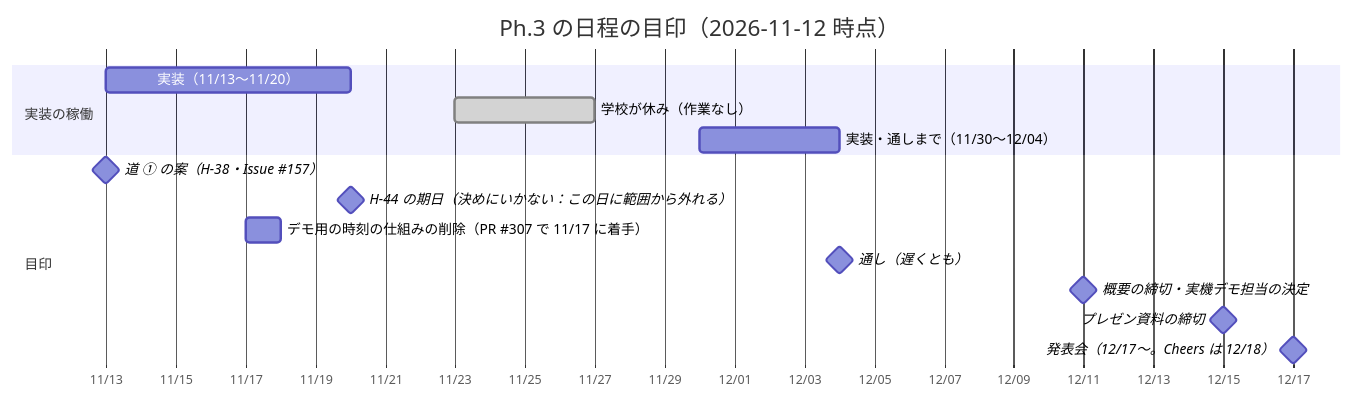
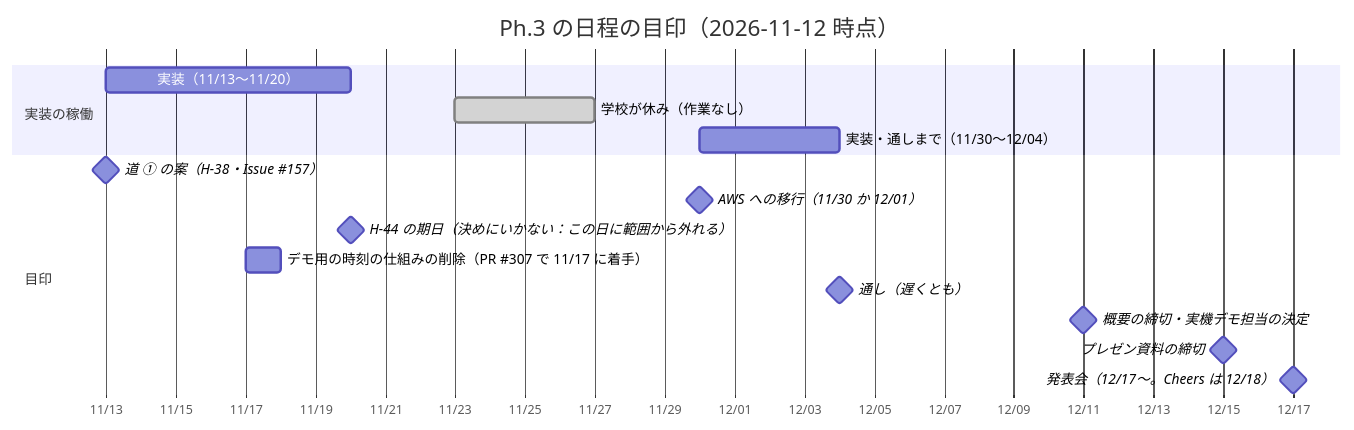
One commit to 250158hj-maker/yse_compass changed the second of 2 diagrams in pm/wbs.md. Above: the diagram before and after it, drawn with Mermaid. The commit also changed other lines of this file, not shown here.

First line of the commit message:
docs: pm/wbs.md を、本番環境を AWS に置く方針（decisions.md 2026-11-16）に合わせる

````diff
--- a/pm/wbs.md
+++ b/pm/wbs.md
@@ -390,20 +392,21 @@
 ```mermaid
 gantt
     title Ph.3 の日程の目印（2026-11-12 時点）
     dateFormat  YYYY-MM-DD
     axisFormat  %m/%d
 
     section 実装の稼働
     実装（11/13〜11/20）              :a1, 2026-11-13, 2026-11-20
     学校が休み（作業なし）             :done, a2, 2026-11-23, 2026-11-27
     実装・通しまで（11/30〜12/04）    :a3, 2026-11-30, 2026-12-04
 
     section 目印
     道 ① の案（H-38・Issue #157）     :milestone, m1, 2026-11-13, 0d
+    AWS への移行（11/30 か 12/01）      :milestone, m7, 2026-11-30, 0d
     H-44 の期日（決めにいかない：この日に範囲から外れる） :milestone, m6, 2026-11-20, 0d
     デモ用の時刻の仕組みの削除（PR #307 で 11/17 に着手）  :a4, 2026-11-17, 2026-11-18
     通し（遅くとも）                   :milestone, m2, 2026-12-04, 0d
     概要の締切・実機デモ担当の決定      :milestone, m3, 2026-12-11, 0d
     プレゼン資料の締切                 :milestone, m4, 2026-12-15, 0d
     発表会（12/17〜。Cheers は 12/18） :milestone, m5, 2026-12-17, 0d
 ```
````
